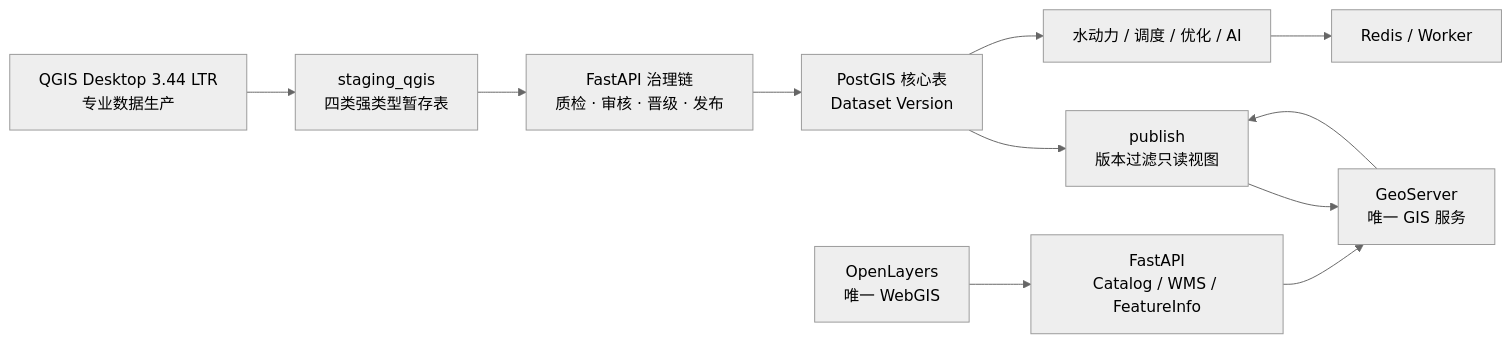
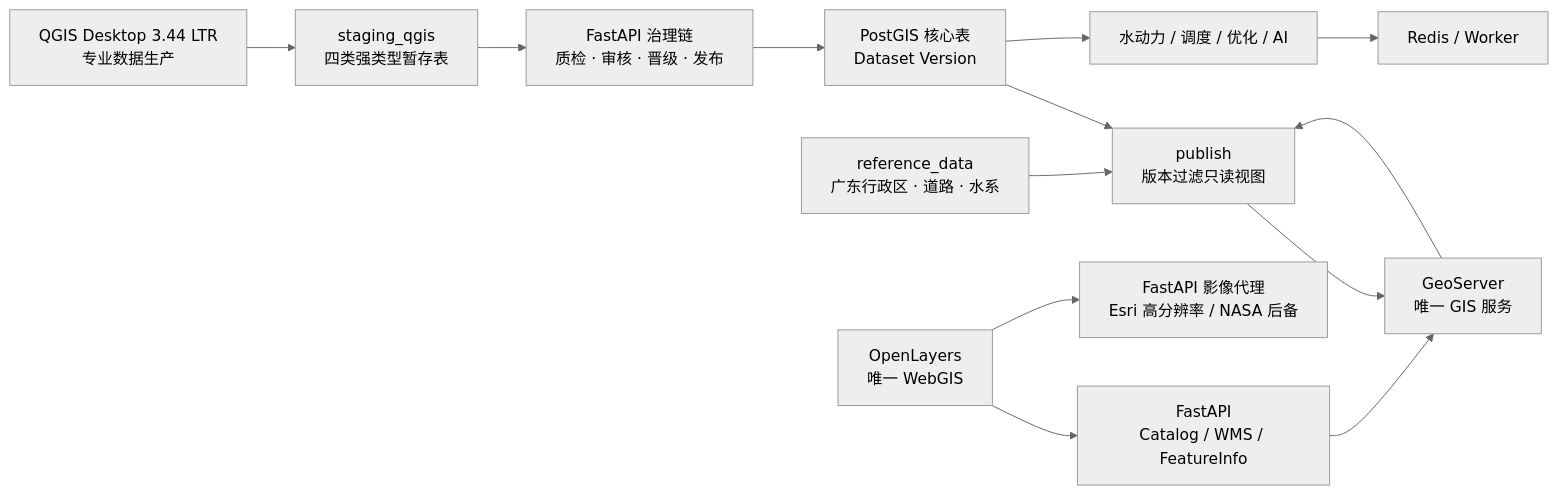
One commit to zj1310426307-stack/dayu-tiangong changed the diagram in docs/architecture.md. Above: the diagram before and after it, drawn with Mermaid (neutral theme). The commit also changed other lines of this file and 45 other files, not shown here.

````diff
--- a/docs/architecture.md
+++ b/docs/architecture.md
@@ -8,13 +8,15 @@
 ```mermaid
 flowchart LR
   QGIS["QGIS Desktop 3.44 LTR<br/>专业数据生产"] --> STAGING["staging_qgis<br/>四类强类型暂存表"]
   STAGING --> GOV["FastAPI 治理链<br/>质检 · 审核 · 晋级 · 发布"]
   GOV --> CORE["PostGIS 核心表<br/>Dataset Version"]
   CORE --> PUBLISH["publish<br/>版本过滤只读视图"]
+  REFERENCE["reference_data<br/>广东行政区 · 道路 · 水系"] --> PUBLISH
   PUBLISH --> GEOSERVER["GeoServer<br/>唯一 GIS 服务"]
   OPENLAYERS["OpenLayers<br/>唯一 WebGIS"] --> API["FastAPI<br/>Catalog / WMS / FeatureInfo"]
   API --> GEOSERVER
+  OPENLAYERS --> IMAGERY["FastAPI 影像代理<br/>Esri 高分辨率 / NASA 后备"]
   GEOSERVER --> PUBLISH
   CORE --> MODEL["水动力 / 调度 / 优化 / AI"]
   MODEL --> REDIS["Redis / Worker"]
 ```
````
